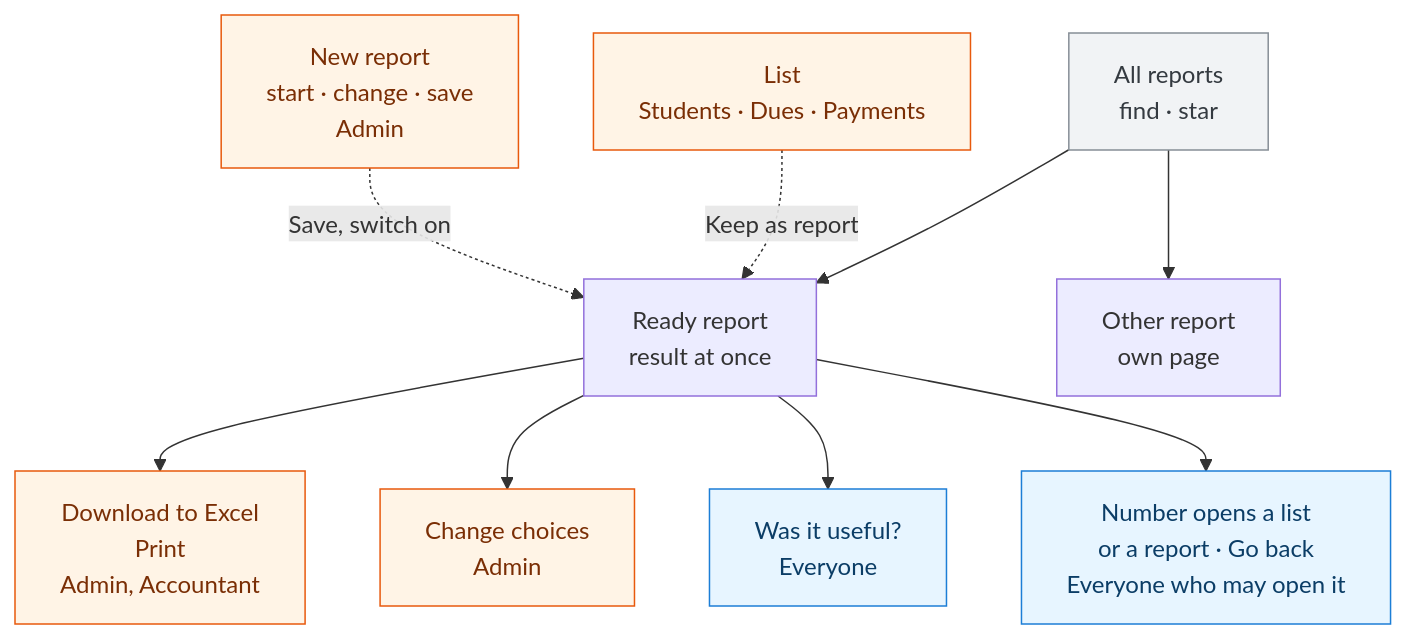
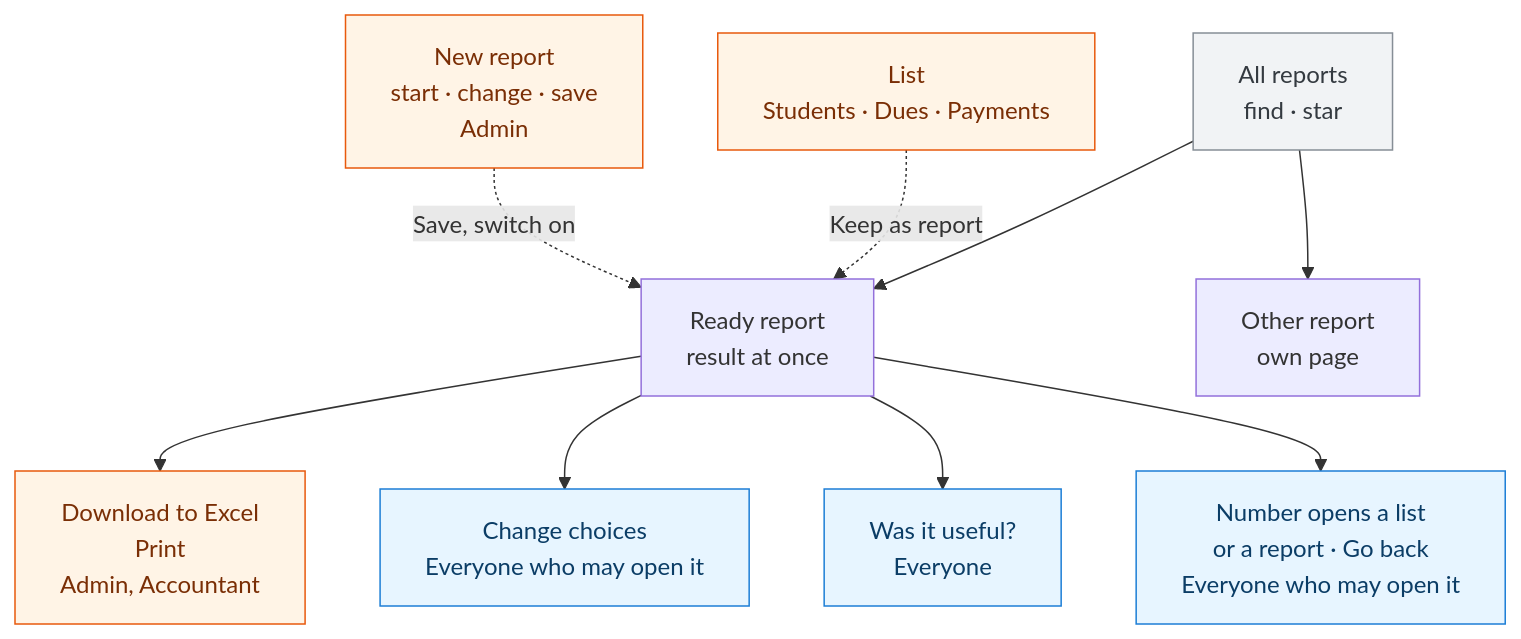
One commit to tareq89/biddaloy changed the diagram in docs/user-guide/_diagrams/reports-hub-overview.en.mmd. Above: the diagram before and after it, drawn with Mermaid. The commit also changed 23 other files, not shown here.

First line of the commit message:
feat(reports): every viewer gets a report's questions, layout, colours and links (catalogue definition route)

```diff
--- a/docs/user-guide/_diagrams/reports-hub-overview.en.mmd
+++ b/docs/user-guide/_diagrams/reports-hub-overview.en.mmd
@@ -1,14 +1,14 @@
 %% title: Who can do what from All reports
-%% desc: From the All reports page you open a ready report or another report. After the result, Download to Excel and Print are for the admin and the accountant, changing the choices is for the admin, and saying whether it helped is for everyone. From the students, dues or payments list the admin can keep the list as a report, and the admin can also make a new report in the designer; both join the ready reports. A number in a report can open a list or another report, and Go back returns.
+%% desc: From the All reports page you open a ready report or another report. After the result, Download to Excel and Print are for the admin and the accountant, and changing the choices and saying whether it helped are for everyone who opens the report. From the students, dues or payments list the admin can keep the list as a report, and the admin can also make a new report in the designer; both join the ready reports. A number in a report can open a list or another report, and Go back returns.
 flowchart TD
   H["All reports<br/>find · star"]:::note --> D["Ready report<br/>result at once"]
   H --> C["Other report<br/>own page"]
   D --> X["Download to Excel<br/>Print<br/>Admin, Accountant"]:::admin
-  D --> Q["Change choices<br/>Admin"]:::admin
+  D --> Q["Change choices<br/>Everyone who may open it"]:::viewer
   D --> F["Was it useful?<br/>Everyone"]:::viewer
   D --> G["Number opens a list<br/>or a report · Go back<br/>Everyone who may open it"]:::viewer
   L["List<br/>Students · Dues · Payments"]:::admin -.->|"Keep as report"| D
   N["New report<br/>start · change · save<br/>Admin"]:::admin -.->|"Save, switch on"| D
   classDef admin fill:#fff4e6,stroke:#e8590c,color:#7a2e05
   classDef viewer fill:#e7f5ff,stroke:#1c7ed6,color:#0b3d66
   classDef note fill:#f1f3f5,stroke:#868e96,color:#343a40
```
